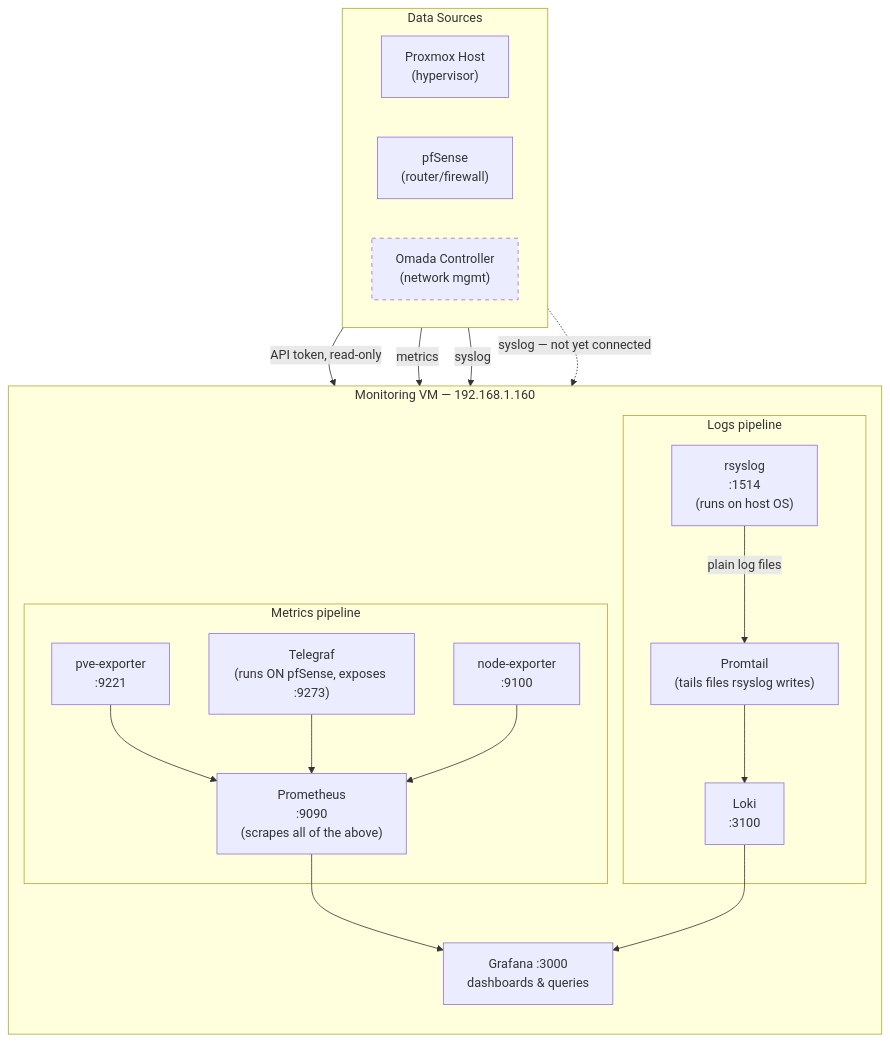
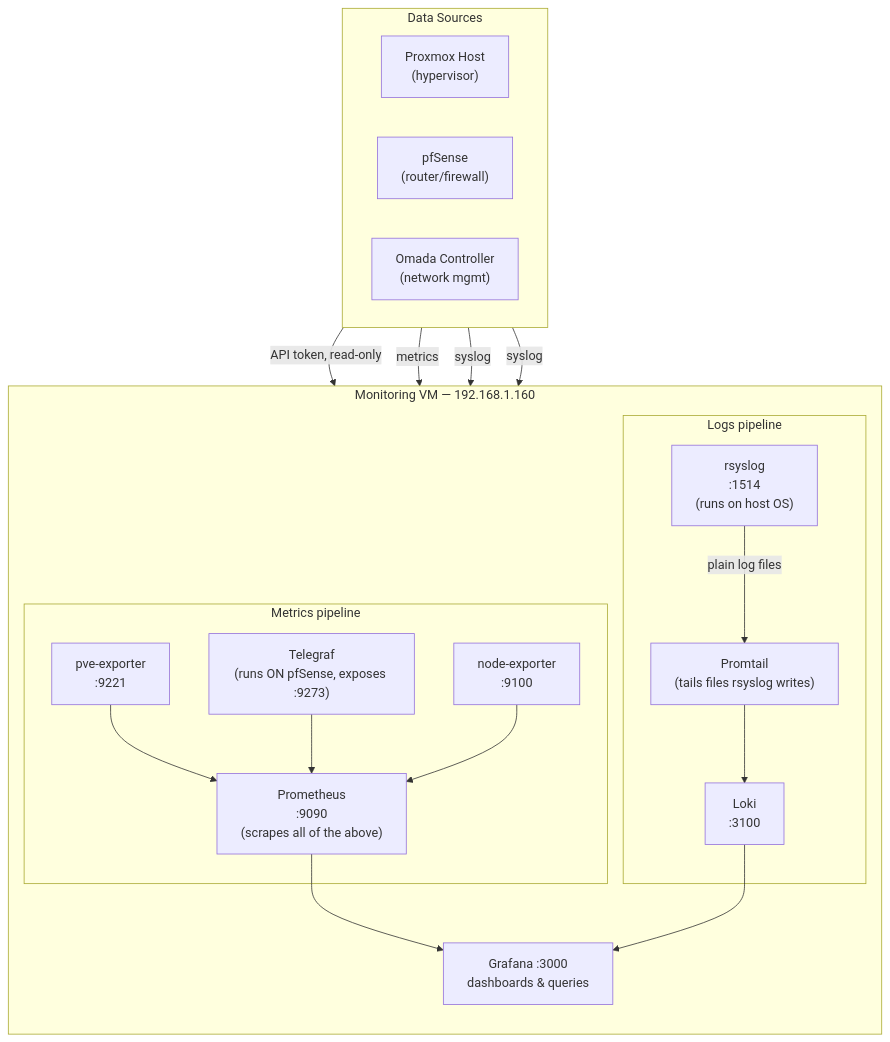
One commit to hollyw00d-source/lab-monitoring changed the diagram in monitoring-stack/README.md. Above: the diagram before and after it, drawn with Mermaid. The commit also changed other lines of this file, not shown here.

````diff
--- a/monitoring-stack/README.md
+++ b/monitoring-stack/README.md
@@ -13,45 +13,43 @@
 ```mermaid
 flowchart TB
     subgraph Sources["Data Sources"]
         direction LR
         PVE["Proxmox Host<br/>(hypervisor)"]
         PFS["pfSense<br/>(router/firewall)"]
         OMD["Omada Controller<br/>(network mgmt)"]
     end
 
     subgraph VM["Monitoring VM — 192.168.1.160"]
         direction TB
 
         subgraph MetricsPath["Metrics pipeline"]
             PVEE["pve-exporter<br/>:9221"]
             TEL["Telegraf<br/>(runs ON pfSense, exposes :9273)"]
             NE["node-exporter<br/>:9100"]
             PROM["Prometheus<br/>:9090<br/>(scrapes all of the above)"]
         end
 
         subgraph LogsPath["Logs pipeline"]
             RSYS["rsyslog<br/>:1514<br/>(runs on host OS)"]
             PT["Promtail<br/>(tails files rsyslog writes)"]
             LOKI["Loki<br/>:3100"]
         end
 
         GRAF["Grafana :3000<br/>dashboards & queries"]
     end
 
     PVE -- "API token, read-only" --> PVEE
     PFS -- "metrics" --> TEL
     PFS -- "syslog" --> RSYS
-    OMD -. "syslog — not yet connected" .-> RSYS
+    OMD -- "syslog" --> RSYS
 
     PVEE --> PROM
     TEL --> PROM
     NE --> PROM
 
     RSYS -- "plain log files" --> PT
     PT --> LOKI
 
     PROM --> GRAF
     LOKI --> GRAF
-
-    style OMD stroke-dasharray: 5 5
 ```
````
